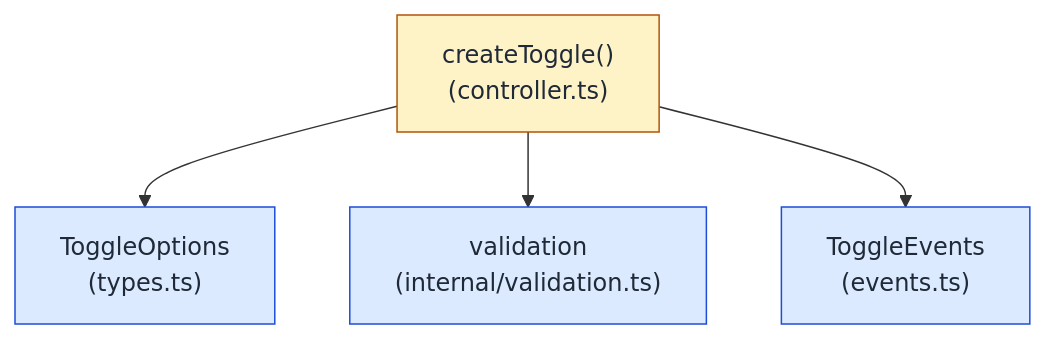
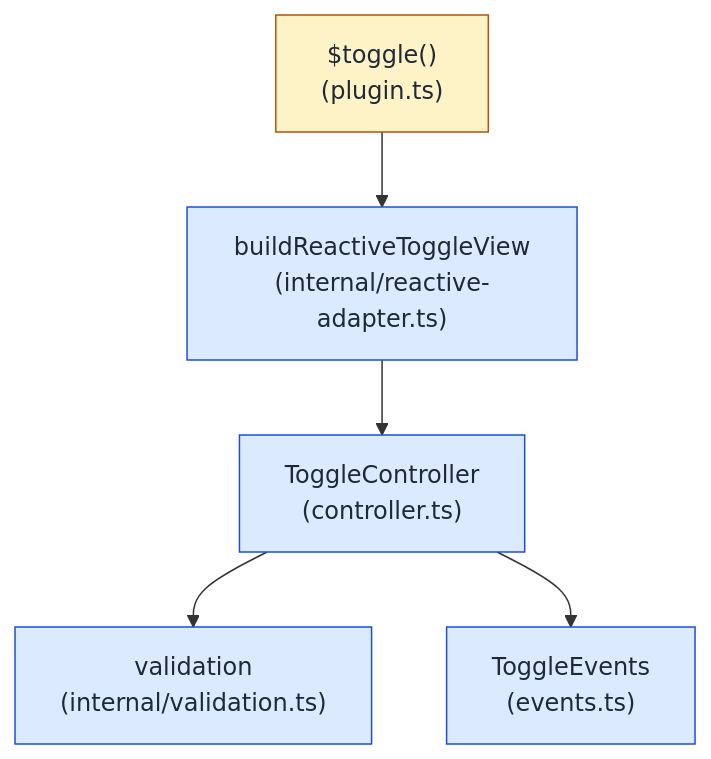
The diagram in packages/toggle/README.md (ailuracode/alpinejs-toolkit), drawn with Mermaid before and after one commit. The commit also changed other lines of this file and 13 other files, not shown here.

Commit message:
fix(toggle): truly reactive Alpine facade for $toggle(options) (#154)

````diff
--- a/packages/toggle/README.md
+++ b/packages/toggle/README.md
@@ -7,15 +7,17 @@
 ```mermaid
 flowchart TD
-    entry["createToggle()<br/>(controller.ts)"]:::entry
+    entry["$toggle()<br/>(plugin.ts)"]:::entry
 
-    options["ToggleOptions<br/>(types.ts)"]:::module
+    controller["ToggleController<br/>(controller.ts)"]:::module
+    facade["buildReactiveToggleView<br/>(internal/reactive-adapter.ts)"]:::module
     validation["validation<br/>(internal/validation.ts)"]:::module
     events["ToggleEvents<br/>(events.ts)"]:::module
 
     classDef entry fill:#fef3c7,stroke:#b45309,color:#1f2937
     classDef module fill:#dbeafe,stroke:#1d4ed8,color:#1f2937
 
-    entry --> options
-    entry --> validation
-    entry --> events
+    entry --> facade
+    facade --> controller
+    controller --> validation
+    controller --> events
 ```
````
